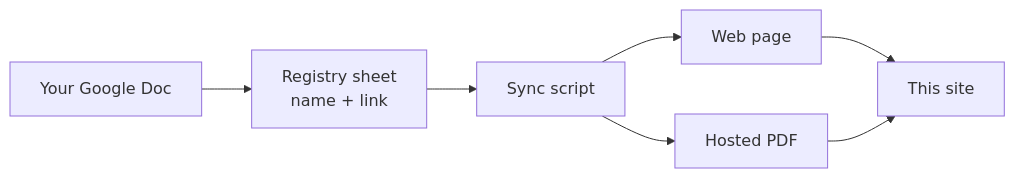
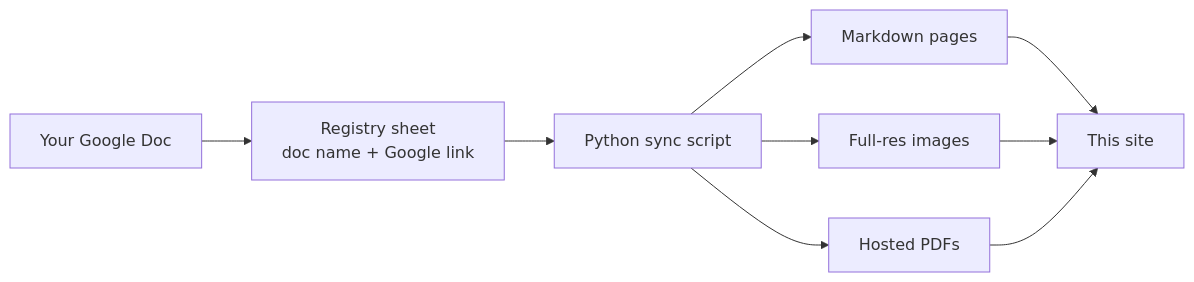
The diagram in docs/authoring/how_it_works.md (asrc-nanofab/nanodocs), drawn with Mermaid before and after one commit. The commit also changed other lines of this file and 1 other file, not shown here.

````diff
--- a/docs/authoring/how_it_works.md
+++ b/docs/authoring/how_it_works.md
@@ -9,9 +8,11 @@
 ```mermaid
 flowchart LR
-    GD[Your Google Doc] --> REG[Registry sheet<br/>name + link]
-    REG --> SYNC[Sync script]
-    SYNC --> PAGE[Web page]
-    SYNC --> PDF[Hosted PDF]
-    PAGE --> SITE[This site]
+    GD[Your Google Doc] --> REG[Registry sheet<br/>doc name + Google link]
+    REG --> SYNC[Python sync script]
+    SYNC --> MD[Markdown pages]
+    SYNC --> IMG[Full-res images]
+    SYNC --> PDF[Hosted PDFs]
+    MD --> SITE[This site]
+    IMG --> SITE
     PDF --> SITE
 ```
````
